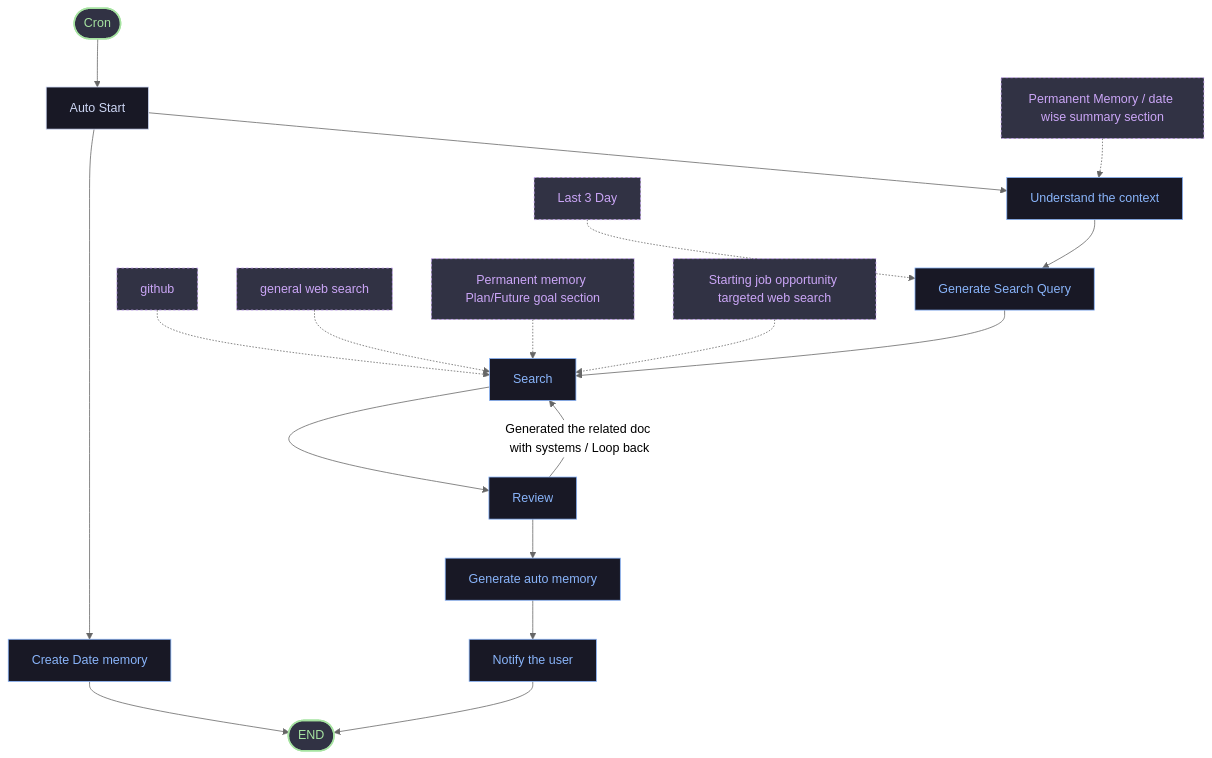
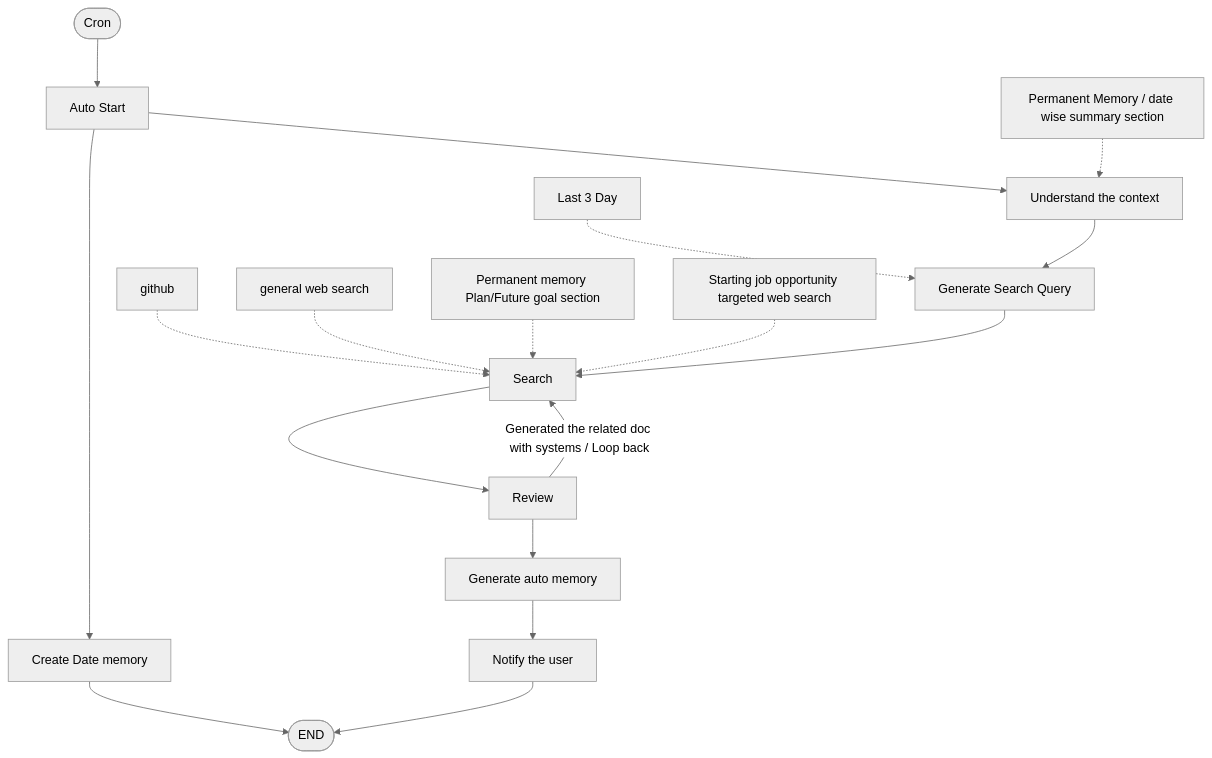
Before and after one commit to Somay-kousis/Co-Founder-Memory: the second of 3 diagrams in README.md, drawn with Mermaid (neutral theme). The commit also changed other lines of this file, not shown here.

Commit message:
README: plain Mermaid diagrams, stack badges

````diff
--- a/README.md
+++ b/README.md
@@ -102,37 +95,31 @@
 ```mermaid
 flowchart TD
-    classDef default fill:#181825,stroke:#cdd6f4,stroke-width:1px,color:#cdd6f4;
-    classDef startEnd fill:#313244,stroke:#a6e3a1,stroke-width:2px,color:#a6e3a1;
-    classDef decisionNode fill:#313244,stroke:#f9e2af,stroke-width:1px,color:#f9e2af;
-    classDef actionNode fill:#181825,stroke:#89b4fa,stroke-width:1px,color:#89b4fa;
-    classDef noteNode fill:#313244,stroke:#cba6f7,stroke-width:1px,stroke-dasharray: 3 3,color:#cba6f7;
-
-    CRON([Cron]):::startEnd --> AutoStart[Auto Start]
+    CRON([Cron]) --> AutoStart[Auto Start]
     
     %% Create Date Memory Path
-    AutoStart --> CreateDate[Create Date memory]:::actionNode
+    AutoStart --> CreateDate[Create Date memory]
     
     %% Main Chain
-    AutoStart --> UnderstandContext[Understand the context]:::actionNode
-    ContextNote[Permanent Memory / date wise summary section]:::noteNode -.-> UnderstandContext
+    AutoStart --> UnderstandContext[Understand the context]
+    ContextNote[Permanent Memory / date wise summary section] -.-> UnderstandContext
     
-    UnderstandContext --> GenSearch[Generate Search Query]:::actionNode
-    QueryNote[Last 3 Day]:::noteNode -.-> GenSearch
+    UnderstandContext --> GenSearch[Generate Search Query]
+    QueryNote[Last 3 Day] -.-> GenSearch
     
-    GenSearch --> Search[Search]:::actionNode
+    GenSearch --> Search[Search]
     
     %% Search Inputs
-    GithubNote[github]:::noteNode -.-> Search
-    WebSearchNote[general web search]:::noteNode -.-> Search
-    GoalNote[Permanent memory Plan/Future goal section]:::noteNode -.-> Search
-    JobNote[Starting job opportunity targeted web search]:::noteNode -.-> Search
+    GithubNote[github] -.-> Search
+    WebSearchNote[general web search] -.-> Search
+    GoalNote[Permanent memory Plan/Future goal section] -.-> Search
+    JobNote[Starting job opportunity targeted web search] -.-> Search
 
-    Search --> Review[Review]:::actionNode
+    Search --> Review[Review]
     Review -- "Generated the related doc with systems / Loop back" --> Search
     
-    Review --> GenAutoMem[Generate auto memory]:::actionNode
-    GenAutoMem --> Notify[Notify the user]:::actionNode
-    Notify --> END([END]):::startEnd
+    Review --> GenAutoMem[Generate auto memory]
+    GenAutoMem --> Notify[Notify the user]
+    Notify --> END([END])
     
     CreateDate --> END
 ```
````
